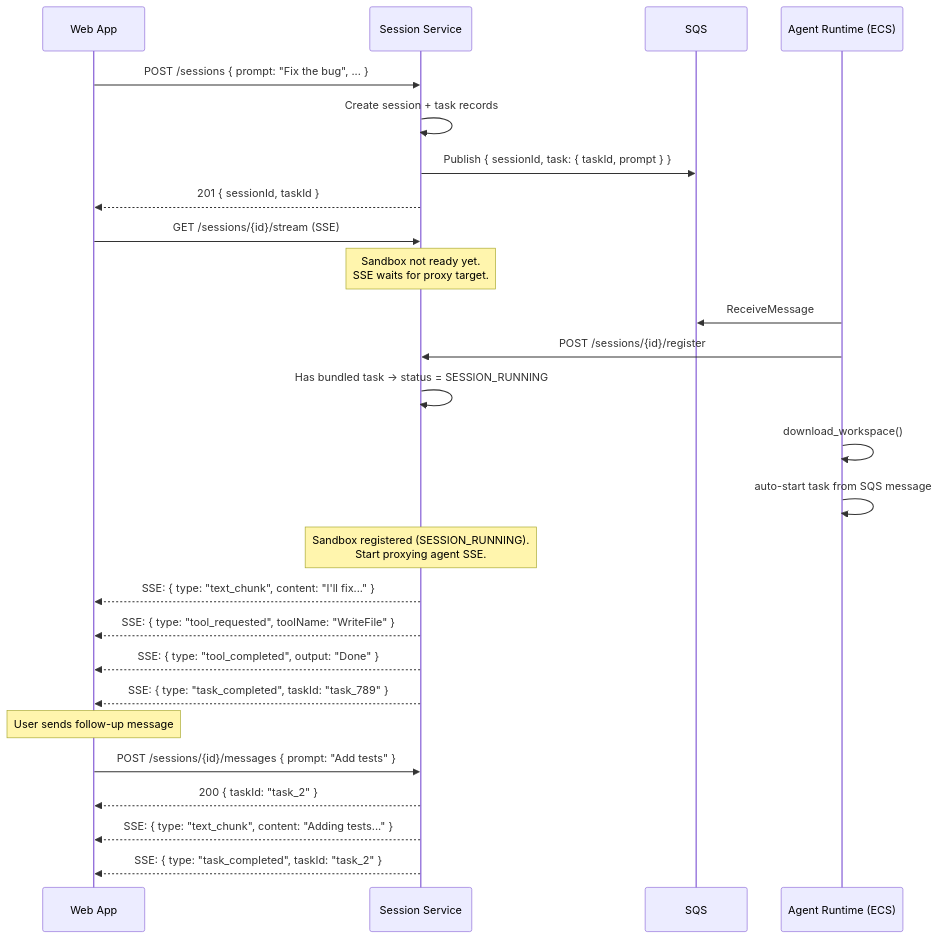
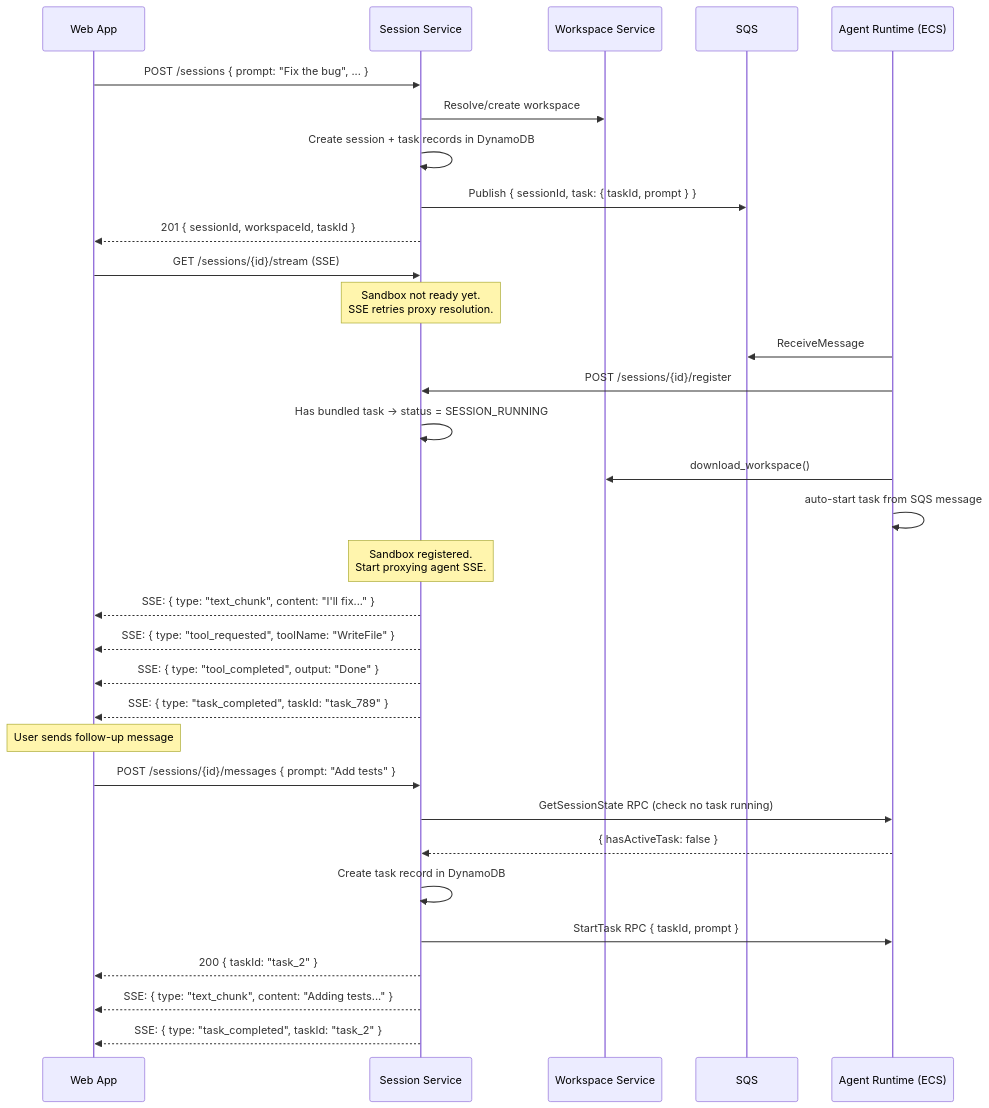
One commit to suman724/cowork-infra changed the third of 5 diagrams in docs/design/simplified-session-api.md. Above: the diagram before and after it, drawn with Mermaid. The commit also changed other lines of this file, not shown here.

Commit message:
docs: fix web + desktop lifecycle diagrams for accuracy
Web:
- Add Workspace Service participant and workspace resolution step
- Show GetSessionState check + task record creation for /messages
- Show StartTask RPC proxy for follow-up messages

Desktop:
- Add GetSessionState check before subsequent StartTask
- Note that agent-runtime generates taskId internally
- Add Workspace Service participant

````diff
--- a/docs/design/simplified-session-api.md
+++ b/docs/design/simplified-session-api.md
@@ -495,35 +495,41 @@
 ```mermaid
 sequenceDiagram
     participant Web as Web App
     participant SS as Session Service
+    participant WS as Workspace Service
     participant SQS as SQS
     participant Agent as Agent Runtime (ECS)
 
     Web->>SS: POST /sessions { prompt: "Fix the bug", ... }
-    SS->>SS: Create session + task records
+    SS->>WS: Resolve/create workspace
+    SS->>SS: Create session + task records in DynamoDB
     SS->>SQS: Publish { sessionId, task: { taskId, prompt } }
-    SS-->>Web: 201 { sessionId, taskId }
+    SS-->>Web: 201 { sessionId, workspaceId, taskId }
 
     Web->>SS: GET /sessions/{id}/stream (SSE)
-    Note over SS: Sandbox not ready yet.<br/>SSE waits for proxy target.
+    Note over SS: Sandbox not ready yet.<br/>SSE retries proxy resolution.
 
     Agent->>SQS: ReceiveMessage
     Agent->>SS: POST /sessions/{id}/register
     SS->>SS: Has bundled task → status = SESSION_RUNNING
-    Agent->>Agent: download_workspace()
+    Agent->>WS: download_workspace()
     Agent->>Agent: auto-start task from SQS message
 
-    Note over SS: Sandbox registered (SESSION_RUNNING).<br/>Start proxying agent SSE.
+    Note over SS: Sandbox registered.<br/>Start proxying agent SSE.
 
     SS-->>Web: SSE: { type: "text_chunk", content: "I'll fix..." }
     SS-->>Web: SSE: { type: "tool_requested", toolName: "WriteFile" }
     SS-->>Web: SSE: { type: "tool_completed", output: "Done" }
     SS-->>Web: SSE: { type: "task_completed", taskId: "task_789" }
 
     Note over Web: User sends follow-up message
     Web->>SS: POST /sessions/{id}/messages { prompt: "Add tests" }
+    SS->>Agent: GetSessionState RPC (check no task running)
+    Agent-->>SS: { hasActiveTask: false }
+    SS->>SS: Create task record in DynamoDB
+    SS->>Agent: StartTask RPC { taskId, prompt }
     SS-->>Web: 200 { taskId: "task_2" }
 
     SS-->>Web: SSE: { type: "text_chunk", content: "Adding tests..." }
     SS-->>Web: SSE: { type: "task_completed", taskId: "task_2" }
 ```
````
